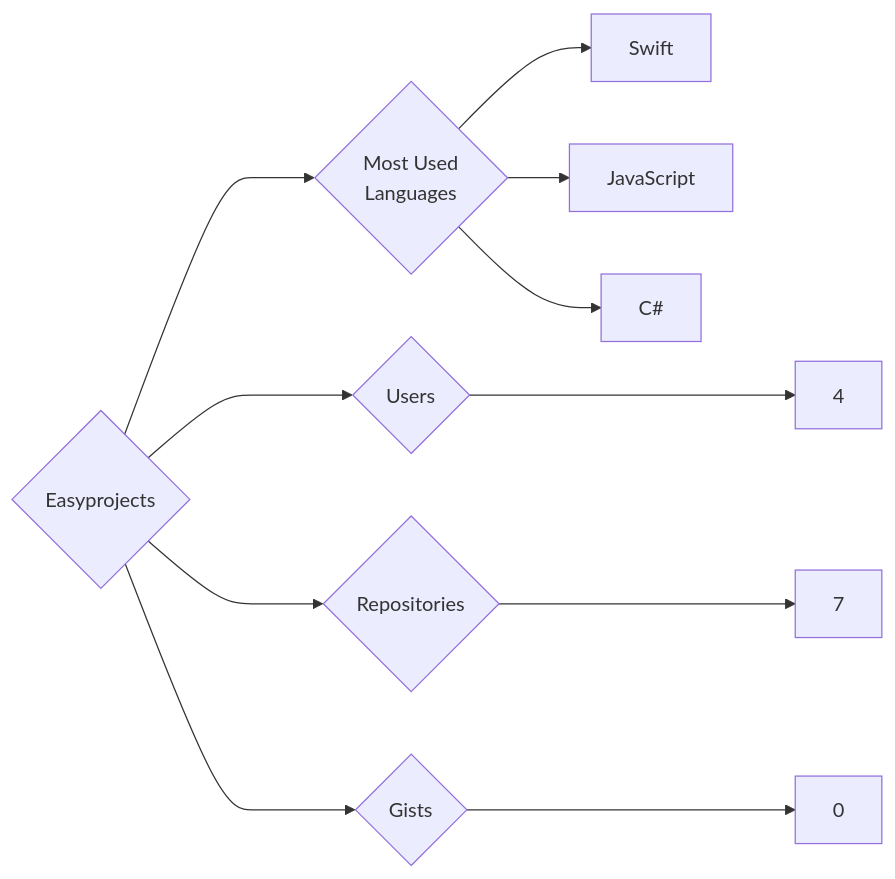
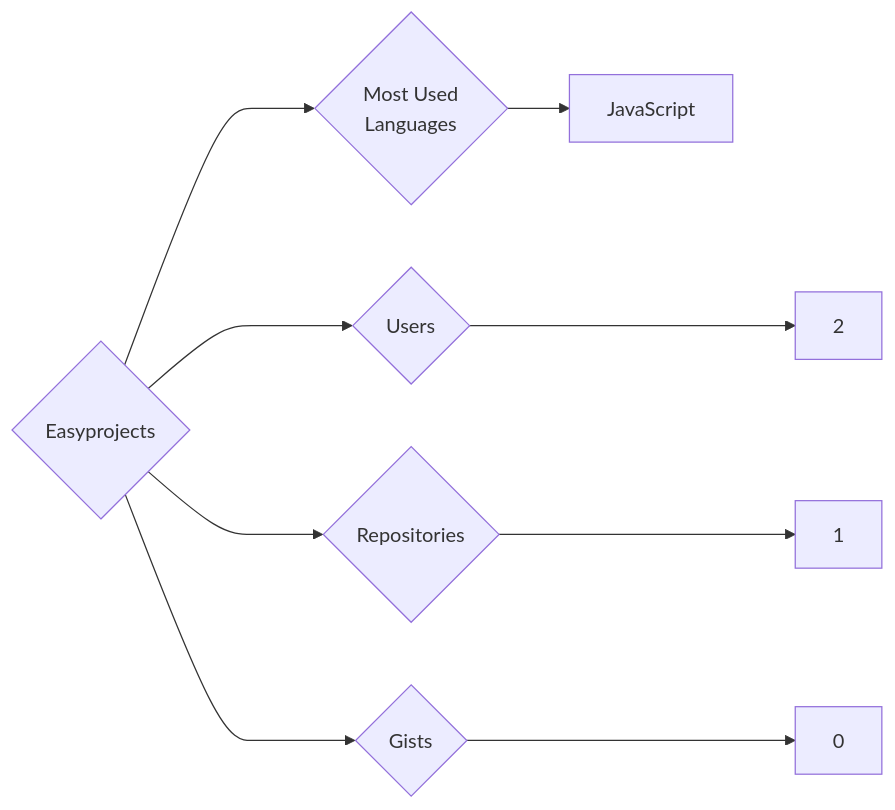
The diagram in targets/Easyprojects/README.md (trickest/insiders), drawn with Mermaid before and after one commit. The commit also changed 1078 other files, not shown here.

````diff
--- a/targets/Easyprojects/README.md
+++ b/targets/Easyprojects/README.md
@@ -3,11 +3,9 @@
 ```mermaid
 graph LR
 COMPANY_NAME{Easyprojects}
-COMPANY_NAME ---> U{Users} ---> UN[4]
-COMPANY_NAME ---> R{Repositories} ---> RN[7]
+COMPANY_NAME ---> U{Users} ---> UN[2]
+COMPANY_NAME ---> R{Repositories} ---> RN[1]
 COMPANY_NAME ---> G{Gists} ---> GN[0]
 COMPANY_NAME ---> ML{Most Used<br>Languages}
-ML --> Swift[Swift]
 ML --> JavaScript[JavaScript]
-ML --> C#[C#]
 ```
````
